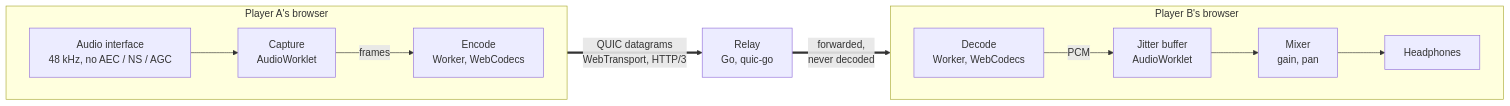
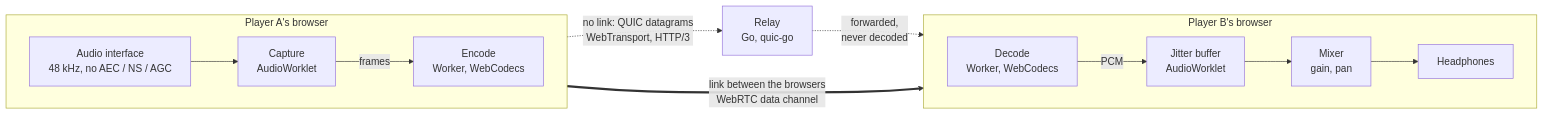
One commit to kizzbonez/just-jam changed the diagram in README.md. Above: the diagram before and after it, drawn with Mermaid. The commit also changed other lines of this file and 30 other files, not shown here.

First line of the commit message:
docs: describe links between browsers; refresh screenshots; 1.2.0-beta.1

````diff
--- a/README.md
+++ b/README.md
@@ -93,15 +94,16 @@
 ```mermaid
 flowchart LR
   subgraph A["Player A's browser"]
     direction LR
     IN["Audio interface<br>48 kHz, no AEC / NS / AGC"] --> CAP["Capture<br>AudioWorklet"]
     CAP -- "frames" --> ENC["Encode<br>Worker, WebCodecs"]
   end
-  ENC == "QUIC datagrams<br>WebTransport, HTTP/3" ==> RELAY["Relay<br>Go, quic-go"]
   subgraph B["Player B's browser"]
     direction LR
     DEC["Decode<br>Worker, WebCodecs"] -- "PCM" --> JB["Jitter buffer<br>AudioWorklet"]
     JB --> MIX["Mixer<br>gain, pan"] --> OUT["Headphones"]
   end
-  RELAY == "forwarded,<br>never decoded" ==> DEC
+  ENC == "link between the browsers<br>WebRTC data channel" ==> DEC
+  ENC -. "no link: QUIC datagrams<br>WebTransport, HTTP/3" .-> RELAY["Relay<br>Go, quic-go"]
+  RELAY -. "forwarded,<br>never decoded" .-> DEC
 ```
````
